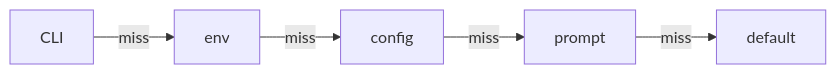
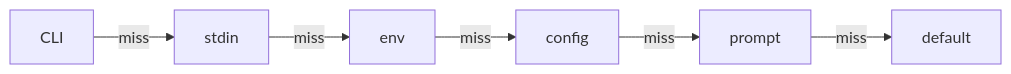
One commit to kjanat/dreamcli changed the first of 3 diagrams in docs/guide/semantics.md. Above: the diagram before and after it, drawn with Mermaid. The commit also changed other lines of this file and 64 other files, not shown here.

````diff
--- a/docs/guide/semantics.md
+++ b/docs/guide/semantics.md
@@ -97,4 +97,4 @@
 ```mermaid
 flowchart LR
-  CLI -->|miss| env -->|miss| config -->|miss| prompt -->|miss| default
+  CLI -->|miss| stdin -->|miss| env -->|miss| config -->|miss| prompt -->|miss| default
 ```
````
